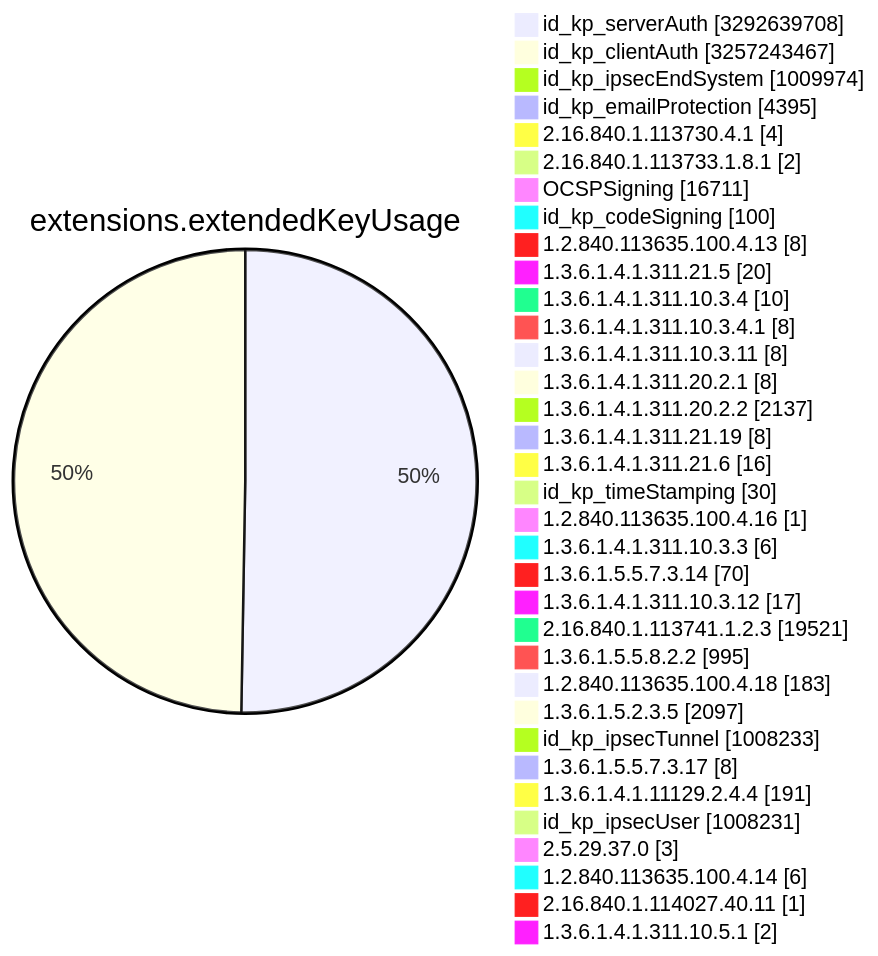
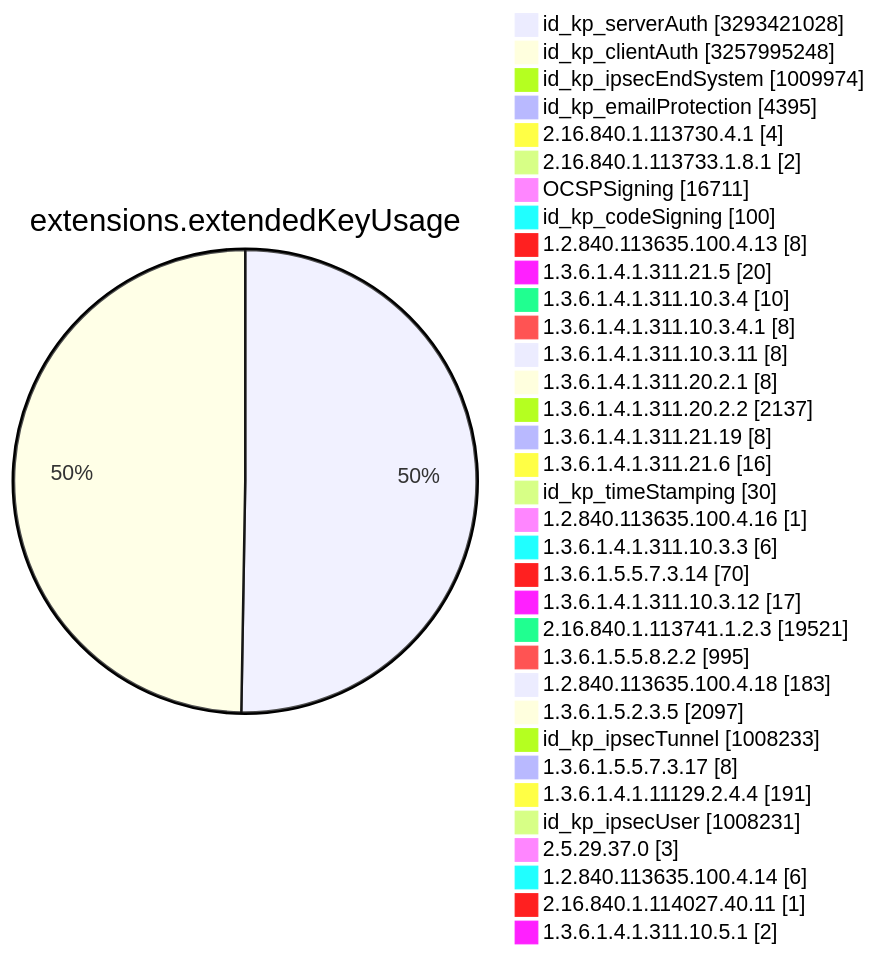
Before and after one commit to christiankrug/ctmonitor_visualization: diagram 11 of 15 in TOTAL/README.md, drawn with Mermaid. The commit also changed other lines of this file, not shown here.

````diff
--- a/TOTAL/README.md
+++ b/TOTAL/README.md
@@ -4120,38 +4120,38 @@
 ```mermaid
 pie showData
 title extensions.extendedKeyUsage
-"id_kp_serverAuth" :3292639708
-"id_kp_clientAuth" :3257243467
+"id_kp_serverAuth" :3293421028
+"id_kp_clientAuth" :3257995248
 "id_kp_ipsecEndSystem" :1009974
 "id_kp_emailProtection" :4395
 "2.16.840.1.113730.4.1" :4
 "2.16.840.1.113733.1.8.1" :2
 "OCSPSigning" :16711
 "id_kp_codeSigning" :100
 "1.2.840.113635.100.4.13" :8
 "1.3.6.1.4.1.311.21.5" :20
 "1.3.6.1.4.1.311.10.3.4" :10
 "1.3.6.1.4.1.311.10.3.4.1" :8
 "1.3.6.1.4.1.311.10.3.11" :8
 "1.3.6.1.4.1.311.20.2.1" :8
 "1.3.6.1.4.1.311.20.2.2" :2137
 "1.3.6.1.4.1.311.21.19" :8
 "1.3.6.1.4.1.311.21.6" :16
 "id_kp_timeStamping" :30
 "1.2.840.113635.100.4.16" :1
 "1.3.6.1.4.1.311.10.3.3" :6
 "1.3.6.1.5.5.7.3.14" :70
 "1.3.6.1.4.1.311.10.3.12" :17
 "2.16.840.1.113741.1.2.3" :19521
 "1.3.6.1.5.5.8.2.2" :995
 "1.2.840.113635.100.4.18" :183
 "1.3.6.1.5.2.3.5" :2097
 "id_kp_ipsecTunnel" :1008233
 "1.3.6.1.5.5.7.3.17" :8
 "1.3.6.1.4.1.11129.2.4.4" :191
 "id_kp_ipsecUser" :1008231
 "2.5.29.37.0" :3
 "1.2.840.113635.100.4.14" :6
 "2.16.840.1.114027.40.11" :1
 "1.3.6.1.4.1.311.10.5.1" :2
 ```
````
